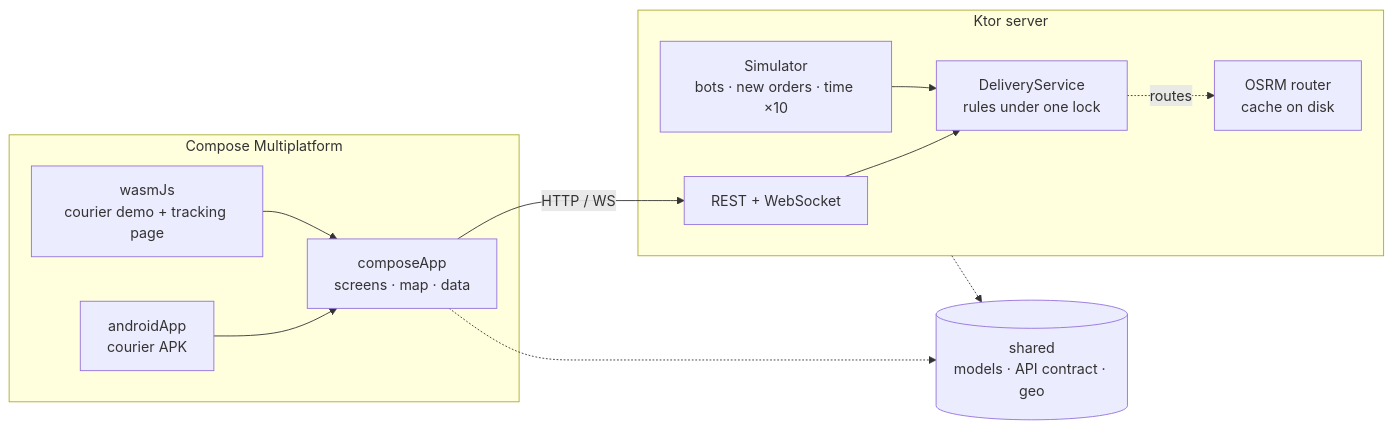
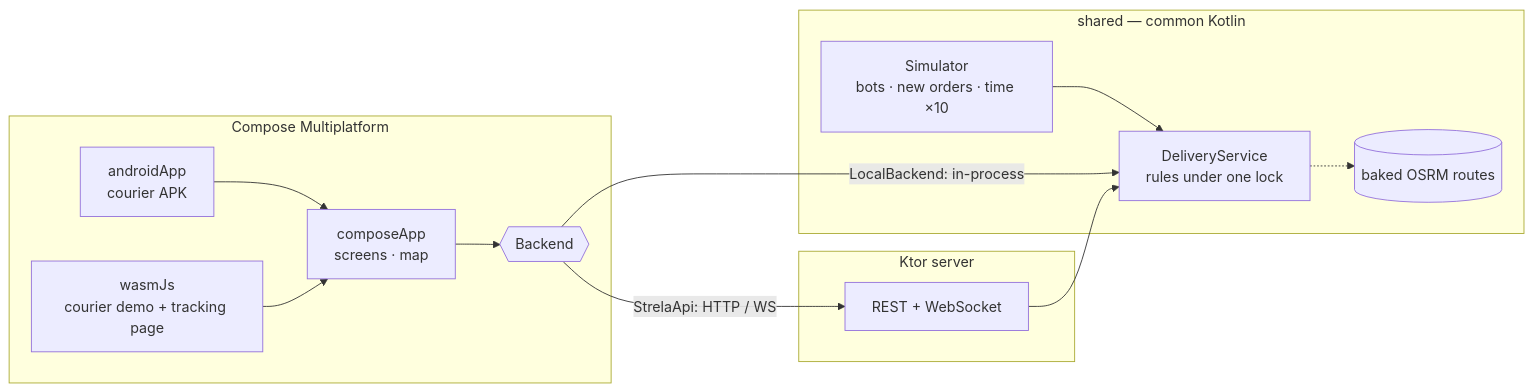
The diagram in README.md (lobadzip/strela), drawn with Mermaid before and after one commit. The commit also changed other lines of this file and 31 other files, not shown here.

````diff
--- a/README.md
+++ b/README.md
@@ -64,23 +68,25 @@
 ```mermaid
 flowchart LR
     subgraph clients [Compose Multiplatform]
         android[androidApp<br/>courier APK]
         web[wasmJs<br/>courier demo + tracking page]
-        ui[composeApp<br/>screens · map · data]
+        ui[composeApp<br/>screens · map]
+        backend{{Backend}}
         android --> ui
         web --> ui
+        ui --> backend
+    end
+    subgraph shared [shared — common Kotlin]
+        rules[DeliveryService<br/>rules under one lock]
+        sim[Simulator<br/>bots · new orders · time ×10]
+        baked[(baked OSRM routes)]
+        sim --> rules
+        rules -.-> baked
     end
     subgraph server [Ktor server]
         api[REST + WebSocket]
-        rules[DeliveryService<br/>rules under one lock]
-        sim[Simulator<br/>bots · new orders · time ×10]
-        router[OSRM router<br/>cache on disk]
-        api --> rules
-        sim --> rules
-        rules -. routes .-> router
     end
-    shared[(shared<br/>models · API contract · geo)]
-    ui -- "HTTP / WS" --> api
-    ui -.-> shared
-    server -.-> shared
+    backend -- "LocalBackend: in-process" --> rules
+    backend -- "StrelaApi: HTTP / WS" --> api
+    api --> rules
 ```
````
